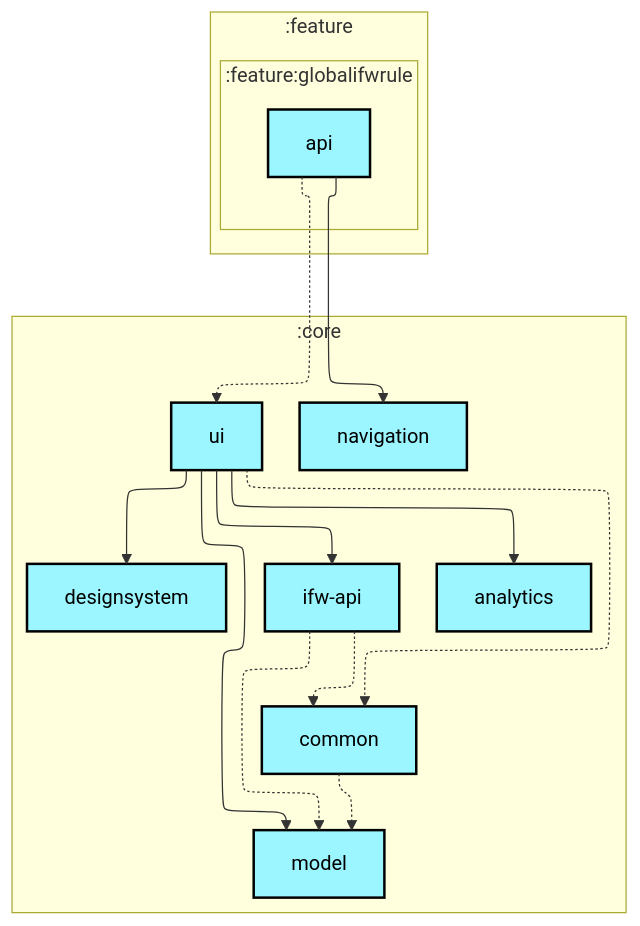
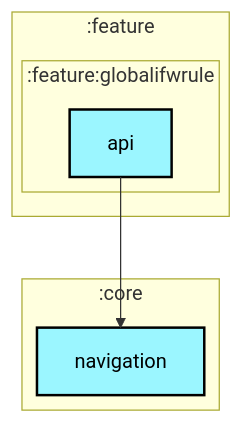
Before and after one commit to lihenggui/blocker: the first of 2 diagrams in feature/globalifwrule/api/README.md, drawn with Mermaid. The commit also changed 29 other files, not shown here.

First line of the commit message:
Update module dependency graphs after boundary cleanup

````diff
--- a/feature/globalifwrule/api/README.md
+++ b/feature/globalifwrule/api/README.md
@@ -6,44 +6,29 @@
 ```mermaid
 ---
 config:
   layout: elk
   elk:
     nodePlacementStrategy: SIMPLE
 ---
 graph TB
   subgraph :feature
     direction TB
     subgraph :feature:globalifwrule
       direction TB
       :feature:globalifwrule:api[api]:::android-library
     end
   end
   subgraph :core
     direction TB
-    :core:analytics[analytics]:::android-library
-    :core:common[common]:::android-library
-    :core:designsystem[designsystem]:::android-library
-    :core:ifw-api[ifw-api]:::android-library
-    :core:model[model]:::android-library
     :core:navigation[navigation]:::android-library
-    :core:ui[ui]:::android-library
   end
 
-  :core:common -.-> :core:model
-  :core:ifw-api -.-> :core:common
-  :core:ifw-api -.-> :core:model
-  :core:ui --> :core:analytics
-  :core:ui -.-> :core:common
-  :core:ui --> :core:designsystem
-  :core:ui --> :core:ifw-api
-  :core:ui --> :core:model
   :feature:globalifwrule:api --> :core:navigation
-  :feature:globalifwrule:api -.-> :core:ui
 
 classDef android-application fill:#CAFFBF,stroke:#000,stroke-width:2px,color:#000;
 classDef android-feature fill:#FFD6A5,stroke:#000,stroke-width:2px,color:#000;
 classDef android-library fill:#9BF6FF,stroke:#000,stroke-width:2px,color:#000;
 classDef android-test fill:#A0C4FF,stroke:#000,stroke-width:2px,color:#000;
 classDef jvm-library fill:#BDB2FF,stroke:#000,stroke-width:2px,color:#000;
 classDef unknown fill:#FFADAD,stroke:#000,stroke-width:2px,color:#000;
 ```
````
